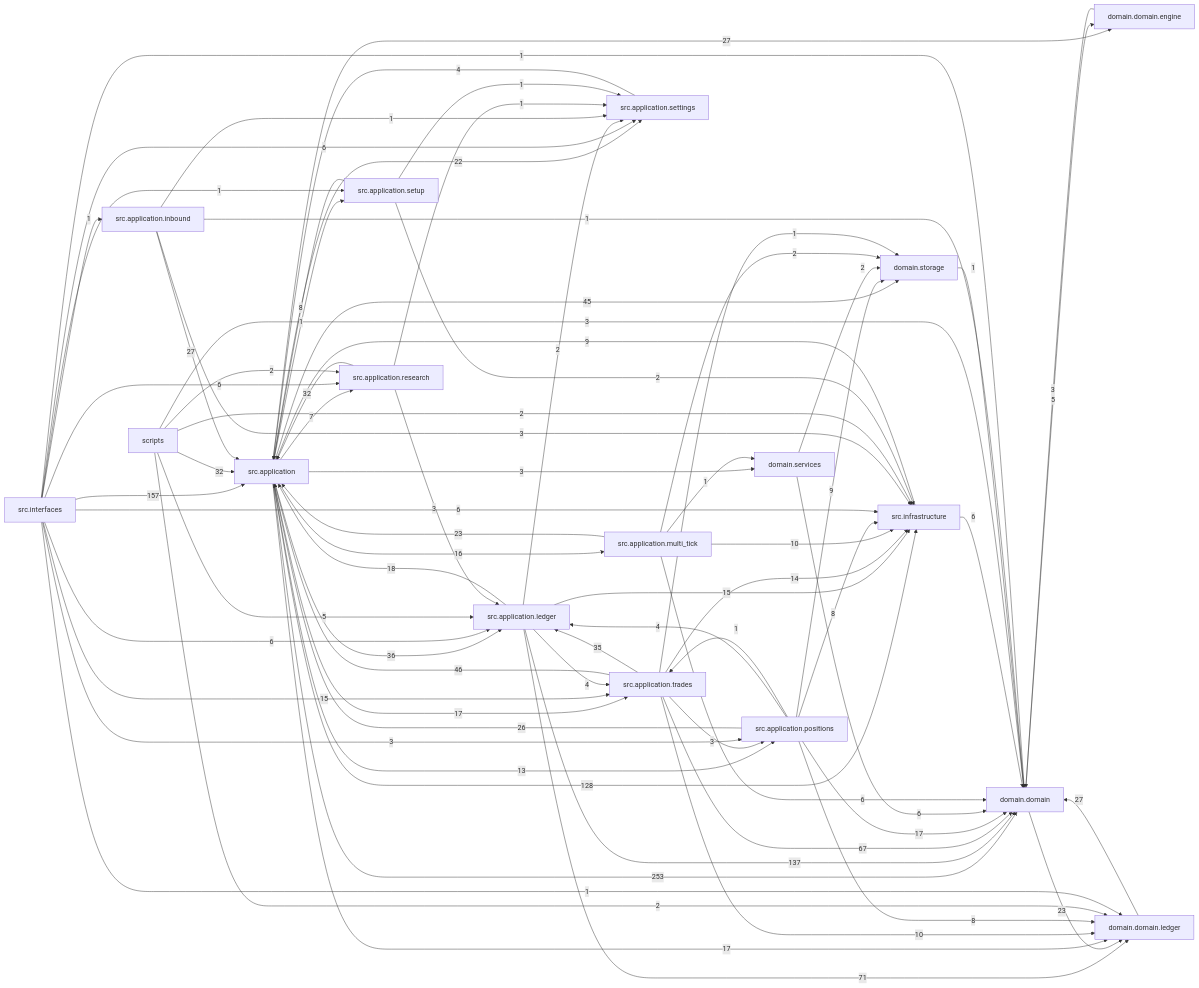
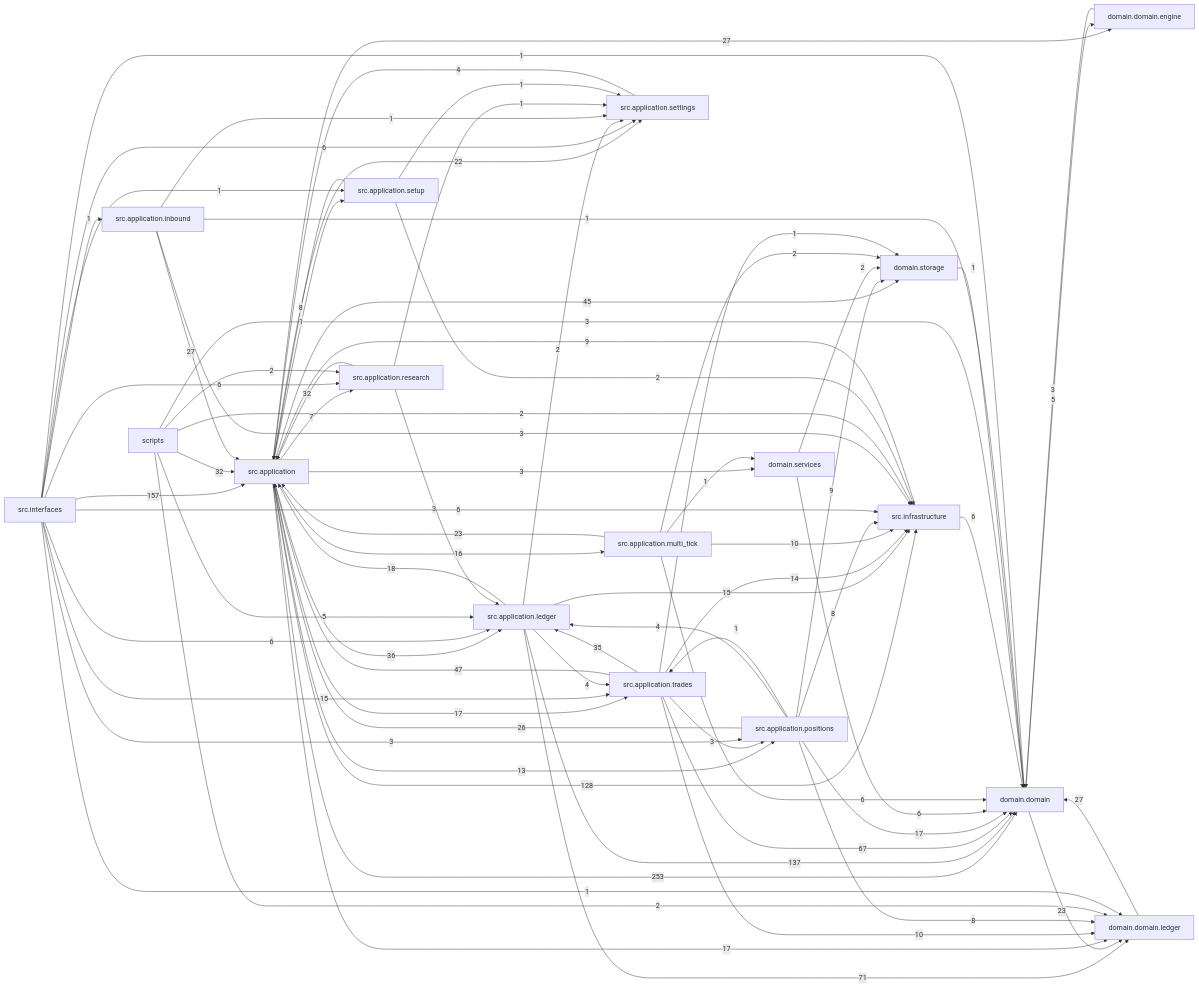
Before and after one commit to liuxie066/options-monitor: the diagram in docs/dependency_graph.mmd, drawn with Mermaid. The commit also changed 14 other files, not shown here.

```diff
--- a/docs/dependency_graph.mmd
+++ b/docs/dependency_graph.mmd
@@ -1,76 +1,76 @@
 flowchart LR
   src_application["src.application"] -->|253| domain_domain["domain.domain"]
   src_interfaces["src.interfaces"] -->|157| src_application["src.application"]
   src_application_ledger["src.application.ledger"] -->|137| domain_domain["domain.domain"]
   src_application["src.application"] -->|128| src_infrastructure["src.infrastructure"]
   src_application_ledger["src.application.ledger"] -->|71| domain_domain_ledger["domain.domain.ledger"]
   src_application_trades["src.application.trades"] -->|67| domain_domain["domain.domain"]
-  src_application_trades["src.application.trades"] -->|46| src_application["src.application"]
+  src_application_trades["src.application.trades"] -->|47| src_application["src.application"]
   src_application["src.application"] -->|45| domain_storage["domain.storage"]
   src_application["src.application"] -->|36| src_application_ledger["src.application.ledger"]
   src_application_trades["src.application.trades"] -->|35| src_application_ledger["src.application.ledger"]
   scripts["scripts"] -->|32| src_application["src.application"]
   src_application_research["src.application.research"] -->|32| src_application["src.application"]
   domain_domain_ledger["domain.domain.ledger"] -->|27| domain_domain["domain.domain"]
   src_application["src.application"] -->|27| domain_domain_engine["domain.domain.engine"]
   src_application_inbound["src.application.inbound"] -->|27| src_application["src.application"]
   src_application_positions["src.application.positions"] -->|26| src_application["src.application"]
   domain_domain["domain.domain"] -->|23| domain_domain_ledger["domain.domain.ledger"]
   src_application_multi_tick["src.application.multi_tick"] -->|23| src_application["src.application"]
   src_application["src.application"] -->|22| src_application_settings["src.application.settings"]
   src_application_ledger["src.application.ledger"] -->|18| src_application["src.application"]
   src_application["src.application"] -->|17| domain_domain_ledger["domain.domain.ledger"]
   src_application["src.application"] -->|17| src_application_trades["src.application.trades"]
   src_application_positions["src.application.positions"] -->|17| domain_domain["domain.domain"]
   src_application["src.application"] -->|16| src_application_multi_tick["src.application.multi_tick"]
   src_application_ledger["src.application.ledger"] -->|15| src_infrastructure["src.infrastructure"]
   src_interfaces["src.interfaces"] -->|15| src_application_trades["src.application.trades"]
   src_application_trades["src.application.trades"] -->|14| src_infrastructure["src.infrastructure"]
   src_application["src.application"] -->|13| src_application_positions["src.application.positions"]
   src_application_multi_tick["src.application.multi_tick"] -->|10| src_infrastructure["src.infrastructure"]
   src_application_trades["src.application.trades"] -->|10| domain_domain_ledger["domain.domain.ledger"]
   src_application_positions["src.application.positions"] -->|9| domain_storage["domain.storage"]
   src_infrastructure["src.infrastructure"] -->|9| src_application["src.application"]
   src_application_positions["src.application.positions"] -->|8| domain_domain_ledger["domain.domain.ledger"]
   src_application_positions["src.application.positions"] -->|8| src_infrastructure["src.infrastructure"]
   src_application_setup["src.application.setup"] -->|8| src_application["src.application"]
   src_application["src.application"] -->|7| src_application_research["src.application.research"]
   domain_services["domain.services"] -->|6| domain_domain["domain.domain"]
   src_application_multi_tick["src.application.multi_tick"] -->|6| domain_domain["domain.domain"]
   src_infrastructure["src.infrastructure"] -->|6| domain_domain["domain.domain"]
   src_interfaces["src.interfaces"] -->|6| src_application_ledger["src.application.ledger"]
   src_interfaces["src.interfaces"] -->|6| src_application_research["src.application.research"]
   src_interfaces["src.interfaces"] -->|6| src_application_settings["src.application.settings"]
   src_interfaces["src.interfaces"] -->|6| src_infrastructure["src.infrastructure"]
   domain_domain["domain.domain"] -->|5| domain_domain_engine["domain.domain.engine"]
   scripts["scripts"] -->|5| src_application_ledger["src.application.ledger"]
   src_application_ledger["src.application.ledger"] -->|4| src_application_trades["src.application.trades"]
   src_application_positions["src.application.positions"] -->|4| src_application_ledger["src.application.ledger"]
   src_application_settings["src.application.settings"] -->|4| src_application["src.application"]
   domain_domain_engine["domain.domain.engine"] -->|3| domain_domain["domain.domain"]
   scripts["scripts"] -->|3| domain_domain["domain.domain"]
   src_application["src.application"] -->|3| domain_services["domain.services"]
   src_application_inbound["src.application.inbound"] -->|3| src_infrastructure["src.infrastructure"]
   src_application_research["src.application.research"] -->|3| src_application_ledger["src.application.ledger"]
   src_application_trades["src.application.trades"] -->|3| src_application_positions["src.application.positions"]
   src_interfaces["src.interfaces"] -->|3| src_application_positions["src.application.positions"]
   domain_services["domain.services"] -->|2| domain_storage["domain.storage"]
   scripts["scripts"] -->|2| domain_domain_ledger["domain.domain.ledger"]
   scripts["scripts"] -->|2| src_application_research["src.application.research"]
   scripts["scripts"] -->|2| src_infrastructure["src.infrastructure"]
   src_application_ledger["src.application.ledger"] -->|2| src_application_settings["src.application.settings"]
   src_application_multi_tick["src.application.multi_tick"] -->|2| domain_storage["domain.storage"]
   src_application_setup["src.application.setup"] -->|2| src_infrastructure["src.infrastructure"]
   domain_storage["domain.storage"] -->|1| domain_domain["domain.domain"]
   src_application["src.application"] -->|1| src_application_setup["src.application.setup"]
   src_application_inbound["src.application.inbound"] -->|1| domain_domain["domain.domain"]
   src_application_inbound["src.application.inbound"] -->|1| src_application_settings["src.application.settings"]
   src_application_multi_tick["src.application.multi_tick"] -->|1| domain_services["domain.services"]
   src_application_positions["src.application.positions"] -->|1| src_application_trades["src.application.trades"]
   src_application_research["src.application.research"] -->|1| src_application_settings["src.application.settings"]
   src_application_setup["src.application.setup"] -->|1| src_application_settings["src.application.settings"]
   src_application_trades["src.application.trades"] -->|1| domain_storage["domain.storage"]
   src_interfaces["src.interfaces"] -->|1| domain_domain["domain.domain"]
   src_interfaces["src.interfaces"] -->|1| domain_domain_ledger["domain.domain.ledger"]
   src_interfaces["src.interfaces"] -->|1| src_application_inbound["src.application.inbound"]
   src_interfaces["src.interfaces"] -->|1| src_application_setup["src.application.setup"]
```
